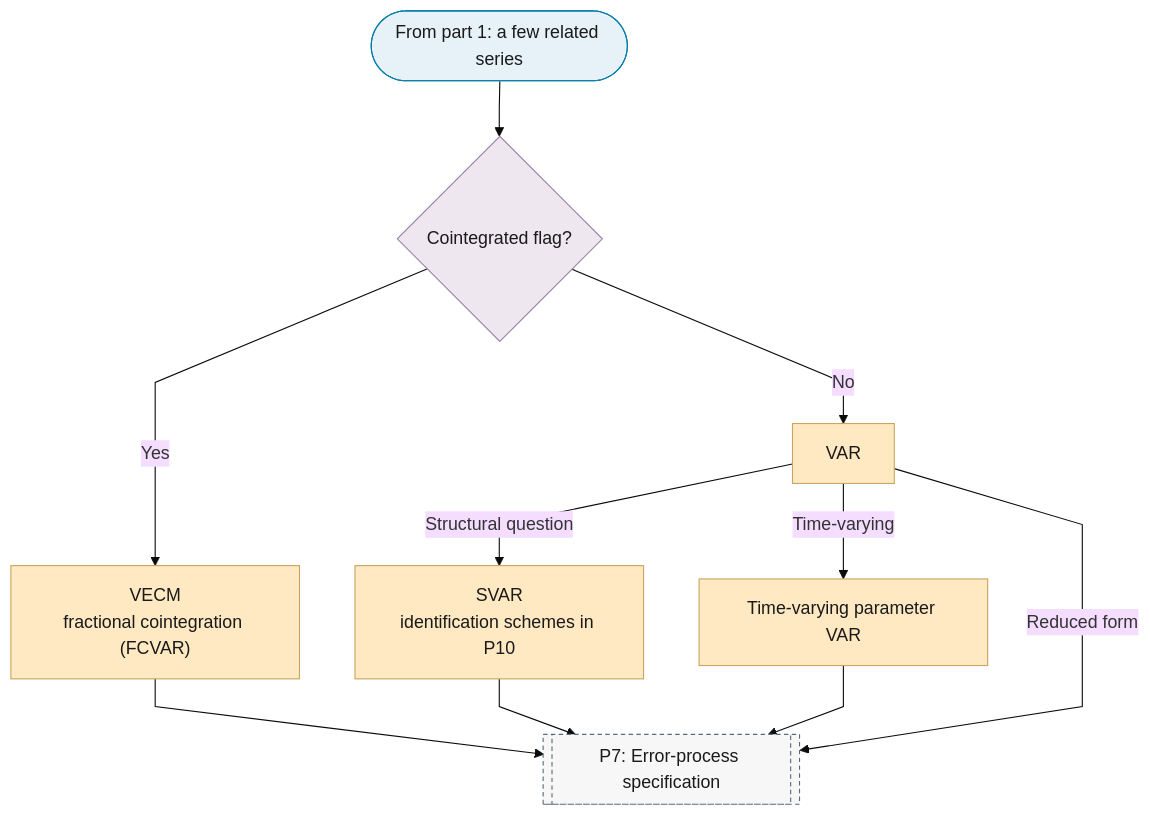
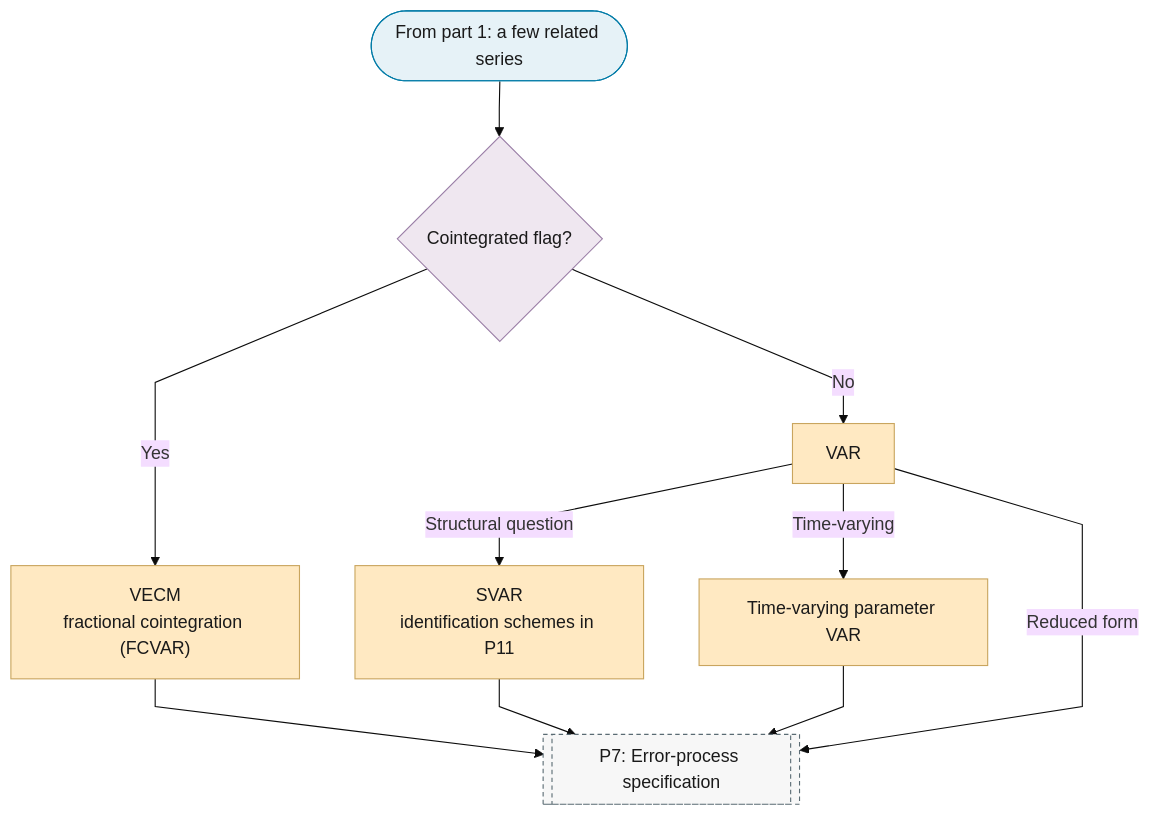
Before and after one commit to Shuxin-Y/time-series-analysis-manual: the second of 10 diagrams in docs/01-workflow/p06-mean-model-class.md, drawn with Mermaid (base theme). The commit also changed other lines of this file and 75 other files, not shown here.

````diff
--- a/docs/01-workflow/p06-mean-model-class.md
+++ b/docs/01-workflow/p06-mean-model-class.md
@@ -49,23 +49,23 @@
 ```mermaid
 %%{init: {"flowchart": {"curve": "linear"}}}%%
 graph TD
     P6_PART_2_IN(["From part 1: a few related series"]) --> P6_COINTEGRATED{"Cointegrated flag?"}
     P6_COINTEGRATED -->|"Yes"| P6_VECM["VECM<br/>fractional cointegration (FCVAR)"]
     P6_COINTEGRATED -->|"No"| P6_VAR["VAR"]
-    P6_VAR -->|"Structural question"| P6_SVAR["SVAR<br/>identification schemes in P10"]
+    P6_VAR -->|"Structural question"| P6_SVAR["SVAR<br/>identification schemes in P11"]
     P6_VAR -->|"Time-varying"| P6_TVP_VAR["Time-varying parameter VAR"]
     P6_VAR -->|"Reduced form"| P7
     P6_VECM & P6_SVAR & P6_TVP_VAR --> P7[["P7: Error-process specification"]]
     class P6_VECM,P6_VAR,P6_SVAR,P6_TVP_VAR escalate
     class P6_PART_2_IN terminator
     class P6_COINTEGRATED decision
     class P7 ref
     classDef terminator fill:#E6F2F7,stroke:#007BA7,color:#1A1A1A;
     classDef process fill:#FFFFFF,stroke:#5A6B73,color:#1A1A1A;
     classDef decision fill:#EFE7F0,stroke:#9B7FA7,color:#1A1A1A;
     classDef data fill:#FFF4E0,stroke:#C9A55E,color:#1A1A1A;
     classDef good fill:#DCEFD8,stroke:#4A7A3F,color:#1A1A1A;
     classDef escalate fill:#FFE9C2,stroke:#C9A55E,color:#1A1A1A;
     classDef problem fill:#F2D9DE,stroke:#800020,color:#1A1A1A;
     classDef ref fill:#F7F7F7,stroke:#5A6B73,color:#1A1A1A,stroke-dasharray:4 3;
 ```
````
